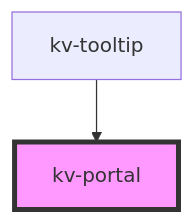
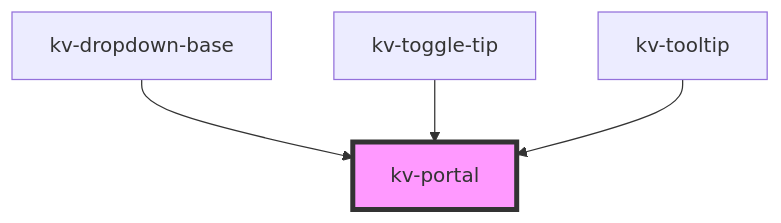
One commit to kelvininc/ui-components changed the diagram in packages/ui-components/src/components/portal/readme.md. Above: the diagram before and after it, drawn with Mermaid. The commit also changed other lines of this file and 72 other files, not shown here.

First line of the commit message:
refactor(toggle-tip, dropdown)!: use portal to show floating content

````diff
--- a/packages/ui-components/src/components/portal/readme.md
+++ b/packages/ui-components/src/components/portal/readme.md
@@ -40,5 +44,7 @@
 ```mermaid
 graph TD;
+  kv-dropdown-base --> kv-portal
+  kv-toggle-tip --> kv-portal
   kv-tooltip --> kv-portal
   style kv-portal fill:#f9f,stroke:#333,stroke-width:4px
 ```
````
